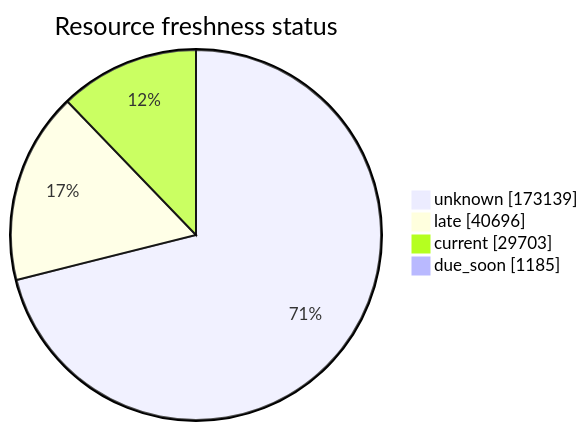
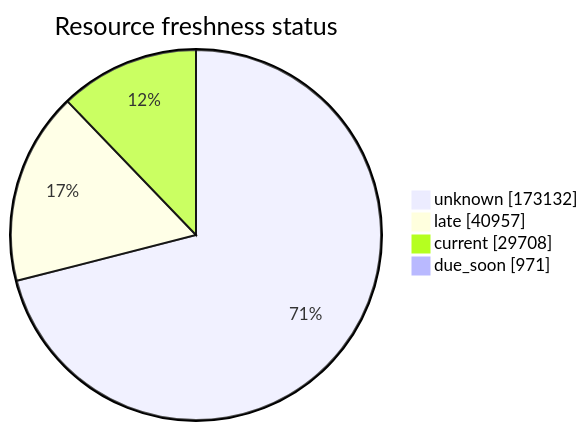
One commit to open-data/analytics-corporate-reporting changed the third of 5 diagrams in FreshCheck/README.md. Above: the diagram before and after it, drawn with Mermaid. The commit also changed other lines of this file and 3 other files, not shown here.

````diff
--- a/FreshCheck/README.md
+++ b/FreshCheck/README.md
@@ -77,7 +77,7 @@
 ```mermaid
 pie showData title Resource freshness status
-    "unknown": 173139
-    "late": 40696
-    "current": 29703
-    "due_soon": 1185
+    "unknown": 173132
+    "late": 40957
+    "current": 29708
+    "due_soon": 971
 ```
````
